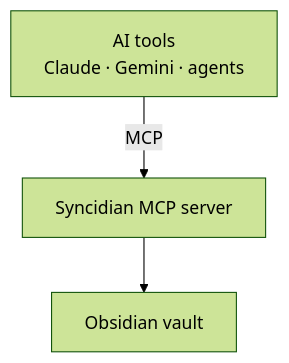
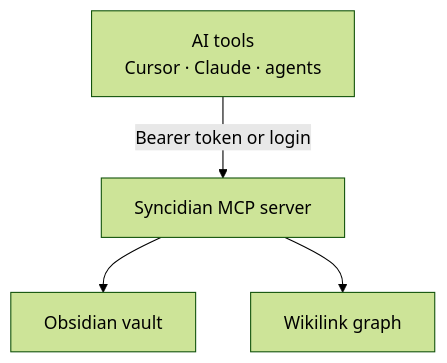
The seventh of 7 diagrams in README.md (shangeethsivan/Syncidian), drawn with Mermaid (forest theme) before and after one commit. The commit also changed other lines of this file and 10 other files, not shown here.

First line of the commit message:
Expand MCP so agents can search, link, graph, and organize the vault.

````diff
--- a/README.md
+++ b/README.md
@@ -742,5 +751,6 @@
 ```mermaid
 flowchart TB
-  Tools["AI tools<br/>Claude · Gemini · agents"] -->|"MCP"| MCP["Syncidian MCP server"]
+  Tools["AI tools<br/>Cursor · Claude · agents"] -->|"Bearer token or login"| MCP["Syncidian MCP server"]
   MCP --> Vault["Obsidian vault"]
+  MCP --> Graph["Wikilink graph"]
 ```
````
